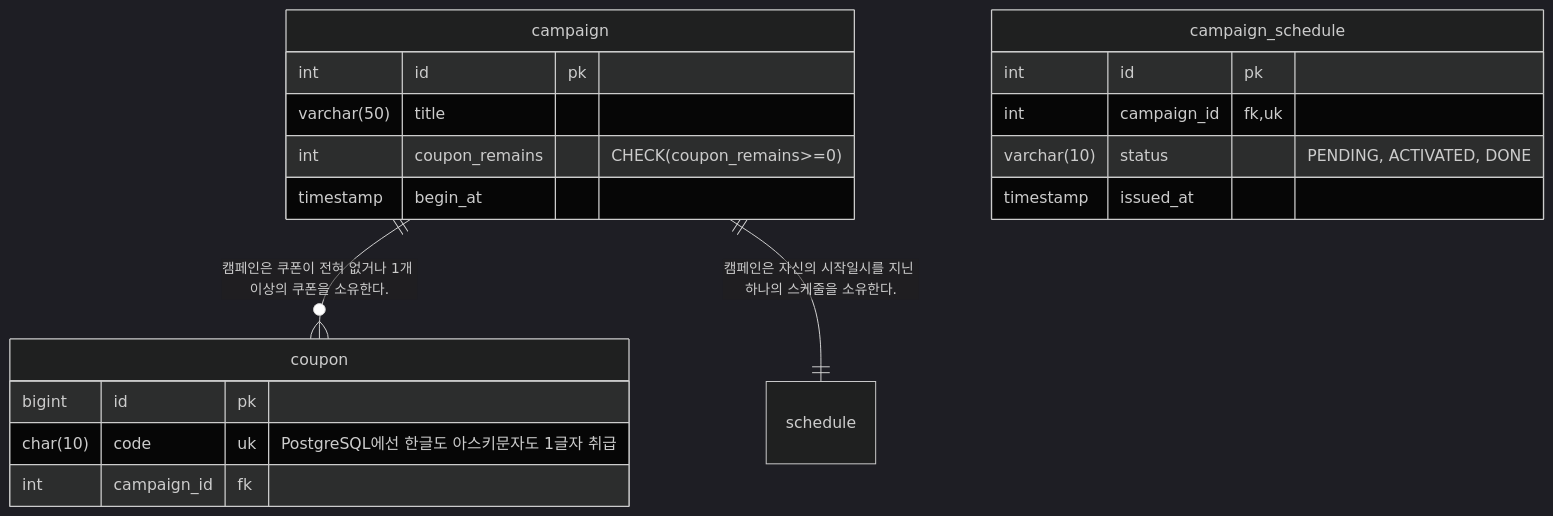
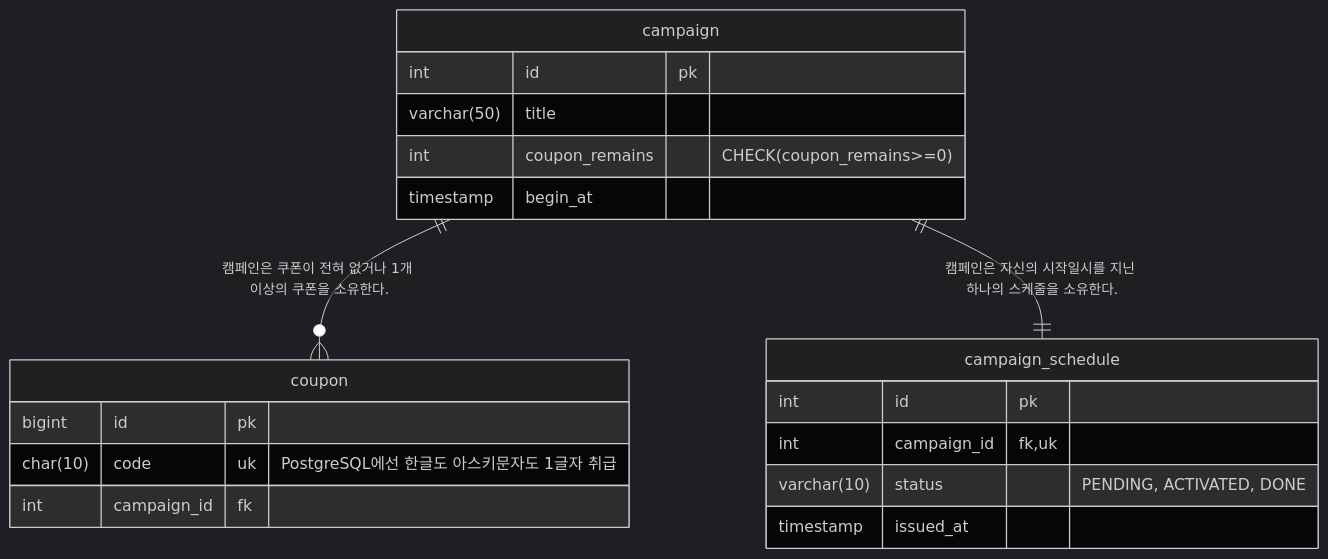
The fourth of 4 diagrams in README.md (loveo2d/coupon-issuance-system), drawn with Mermaid (dark theme) before and after one commit.

Commit message:
docs: ERD 연결관계 어색한 부분 수정

````diff
--- a/README.md
+++ b/README.md
@@ -189,25 +189,25 @@
 ```mermaid
 erDiagram
     campaign {
         int id pk
         varchar(50) title
         int coupon_remains "CHECK(coupon_remains>=0)"
         timestamp begin_at
     }
 
     coupon {
         bigint id pk
         char(10) code uk "PostgreSQL에선 한글도 아스키문자도 1글자 취급"
         int campaign_id fk
     }
 
     campaign_schedule {
         int id pk
         int campaign_id fk,uk
         varchar(10) status "PENDING, ACTIVATED, DONE"
         timestamp issued_at
     }
 
     campaign ||--o{ coupon: "캠페인은 쿠폰이 전혀 없거나 1개 이상의 쿠폰을 소유한다."
-    campaign ||--|| schedule: "캠페인은 자신의 시작일시를 지닌 하나의 스케줄을 소유한다."
+    campaign ||--|| campaign_schedule: "캠페인은 자신의 시작일시를 지닌 하나의 스케줄을 소유한다."
 ```
````
